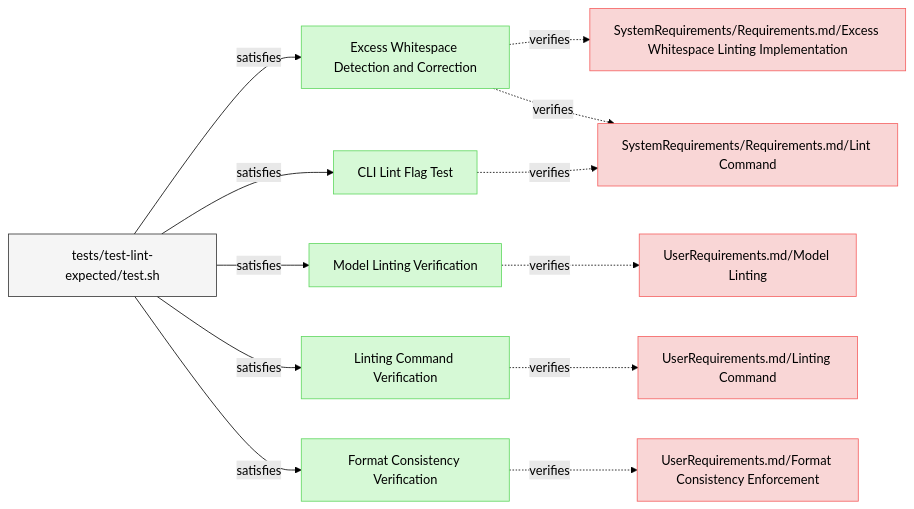
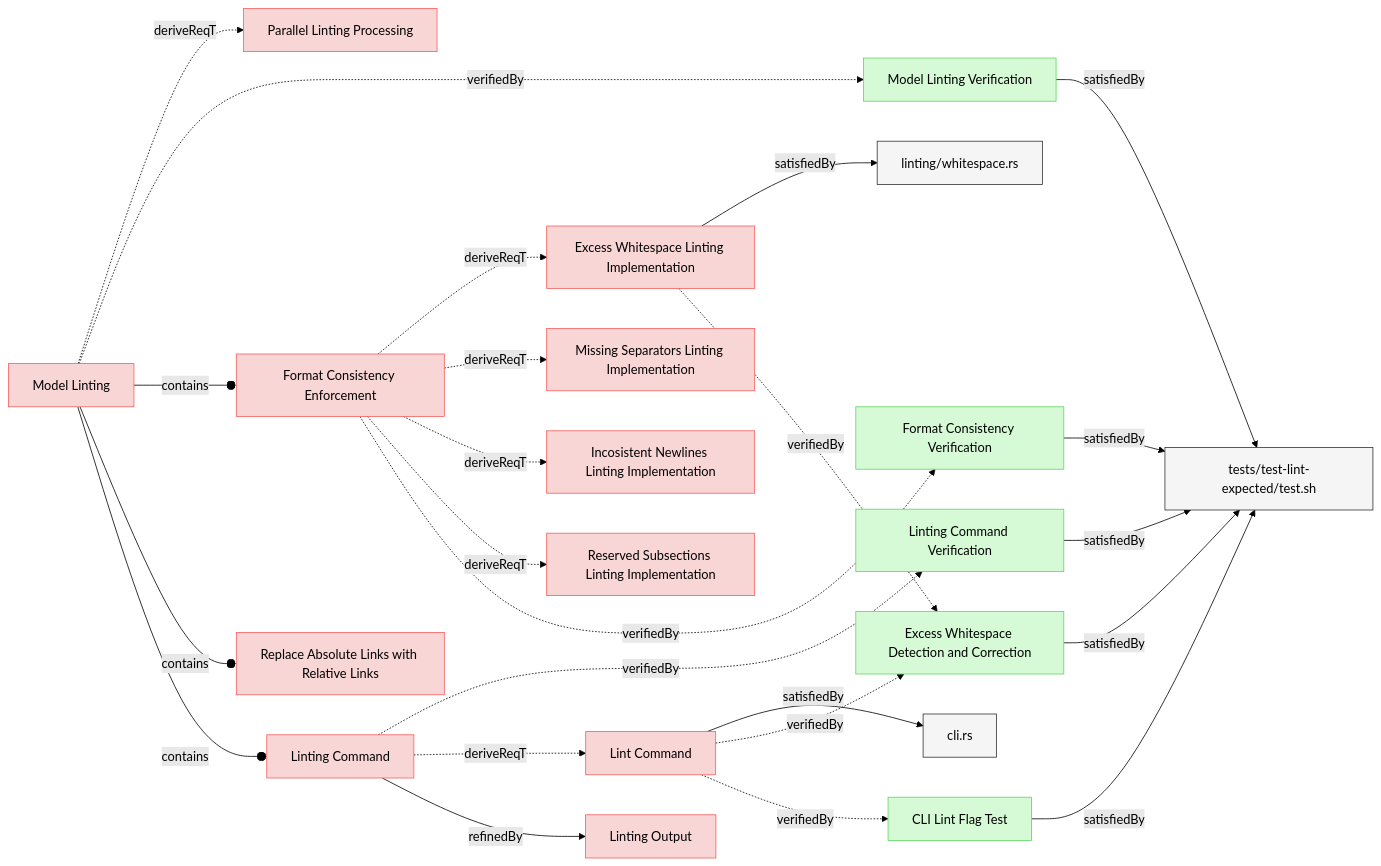
Before and after one commit to reqvire-org/reqvire: the first of 3 diagrams in specifications/Verifications/LintingTests.md, drawn with Mermaid (forest theme). The commit also changed other lines of this file and 27 other files, not shown here.

Commit message:
Diagrams update.X

````diff
--- a/specifications/Verifications/LintingTests.md
+++ b/specifications/Verifications/LintingTests.md
@@ -11,60 +11,96 @@
   classDef externalLink fill:#d0e0ff,stroke:#3080ff,stroke-width:1px;
   classDef default fill:#f5f5f5,stroke:#333333,stroke-width:1px;
 
+  a8037b2df81f02be["Linting Command Verification"];
+  class a8037b2df81f02be verification;
+  click a8037b2df81f02be "LintingTests.md#linting-command-verification";
+  a606311f33e42901["tests/test-lint-expected/test.sh"];
+  class a606311f33e42901 default;
+  click a606311f33e42901 "../../tests/test-lint-expected/test.sh";
+  a8037b2df81f02be -->|satisfiedBy| a606311f33e42901;
+  6481e4ca8c4d6920["Model Linting Verification"];
+  class 6481e4ca8c4d6920 verification;
+  click 6481e4ca8c4d6920 "LintingTests.md#model-linting-verification";
+  a606311f33e42901["tests/test-lint-expected/test.sh"];
+  class a606311f33e42901 default;
+  click a606311f33e42901 "../../tests/test-lint-expected/test.sh";
+  6481e4ca8c4d6920 -->|satisfiedBy| a606311f33e42901;
   37dbb69e504fec9d["Excess Whitespace Detection and Correction"];
   class 37dbb69e504fec9d verification;
   click 37dbb69e504fec9d "LintingTests.md#excess-whitespace-detection-and-correction";
-  9f473f6e0b993cac["SystemRequirements/Requirements.md/Excess Whitespace Linting Implementation"];
-  class 9f473f6e0b993cac requirement;
-  click 9f473f6e0b993cac "../SystemRequirements/Requirements.md#excess-whitespace-linting-implementation";
-  37dbb69e504fec9d -.->|verifies| 9f473f6e0b993cac;
-  deaec107945edbed["SystemRequirements/Requirements.md/Lint Command"];
-  class deaec107945edbed requirement;
-  click deaec107945edbed "../SystemRequirements/Requirements.md#lint-command";
-  37dbb69e504fec9d -.->|verifies| deaec107945edbed;
   a606311f33e42901["tests/test-lint-expected/test.sh"];
   class a606311f33e42901 default;
   click a606311f33e42901 "../../tests/test-lint-expected/test.sh";
-  a606311f33e42901 -->|satisfies| 37dbb69e504fec9d;
-  6481e4ca8c4d6920["Model Linting Verification"];
-  class 6481e4ca8c4d6920 verification;
-  click 6481e4ca8c4d6920 "LintingTests.md#model-linting-verification";
-  7305c1d6f7f1e2b2["UserRequirements.md/Model Linting"];
-  class 7305c1d6f7f1e2b2 requirement;
-  click 7305c1d6f7f1e2b2 "../UserRequirements.md#model-linting";
-  6481e4ca8c4d6920 -.->|verifies| 7305c1d6f7f1e2b2;
+  37dbb69e504fec9d -->|satisfiedBy| a606311f33e42901;
+  706dca24b7cc1eb8["CLI Lint Flag Test"];
+  class 706dca24b7cc1eb8 verification;
+  click 706dca24b7cc1eb8 "LintingTests.md#cli-lint-flag-test";
   a606311f33e42901["tests/test-lint-expected/test.sh"];
   class a606311f33e42901 default;
   click a606311f33e42901 "../../tests/test-lint-expected/test.sh";
-  a606311f33e42901 -->|satisfies| 6481e4ca8c4d6920;
-  a8037b2df81f02be["Linting Command Verification"];
-  class a8037b2df81f02be verification;
-  click a8037b2df81f02be "LintingTests.md#linting-command-verification";
-  a51179cda67cf9f2["UserRequirements.md/Linting Command"];
-  class a51179cda67cf9f2 requirement;
-  click a51179cda67cf9f2 "../UserRequirements.md#linting-command";
-  a8037b2df81f02be -.->|verifies| a51179cda67cf9f2;
+  706dca24b7cc1eb8 -->|satisfiedBy| a606311f33e42901;
+  b8bfbd5ccf026b31["Format Consistency Verification"];
+  class b8bfbd5ccf026b31 verification;
+  click b8bfbd5ccf026b31 "LintingTests.md#format-consistency-verification";
   a606311f33e42901["tests/test-lint-expected/test.sh"];
   class a606311f33e42901 default;
   click a606311f33e42901 "../../tests/test-lint-expected/test.sh";
-  a606311f33e42901 -->|satisfies| a8037b2df81f02be;
-  706dca24b7cc1eb8["CLI Lint Flag Test"];
-  class 706dca24b7cc1eb8 verification;
-  click 706dca24b7cc1eb8 "LintingTests.md#cli-lint-flag-test";
-  706dca24b7cc1eb8 -.->|verifies| deaec107945edbed;
-  a606311f33e42901["tests/test-lint-expected/test.sh"];
-  class a606311f33e42901 default;
-  click a606311f33e42901 "../../tests/test-lint-expected/test.sh";
-  a606311f33e42901 -->|satisfies| 706dca24b7cc1eb8;
-  b8bfbd5ccf026b31["Format Consistency Verification"];
-  class b8bfbd5ccf026b31 verification;
-  click b8bfbd5ccf026b31 "LintingTests.md#format-consistency-verification";
-  974ccf933675ef44["UserRequirements.md/Format Consistency Enforcement"];
+  b8bfbd5ccf026b31 -->|satisfiedBy| a606311f33e42901;
+  deaec107945edbed["Lint Command"];
+  class deaec107945edbed requirement;
+  click deaec107945edbed "../SystemRequirements/Requirements.md#lint-command";
+  80defdd4cbc7ee18["cli.rs"];
+  class 80defdd4cbc7ee18 default;
+  click 80defdd4cbc7ee18 "../../cli/src/cli.rs";
+  deaec107945edbed -->|satisfiedBy| 80defdd4cbc7ee18;
+  deaec107945edbed -.->|verifiedBy| 37dbb69e504fec9d;
+  deaec107945edbed -.->|verifiedBy| 706dca24b7cc1eb8;
+  9f473f6e0b993cac["Excess Whitespace Linting Implementation"];
+  class 9f473f6e0b993cac requirement;
+  click 9f473f6e0b993cac "../SystemRequirements/Requirements.md#excess-whitespace-linting-implementation";
+  63a0f5a33e87fcee["linting/whitespace.rs"];
+  class 63a0f5a33e87fcee default;
+  click 63a0f5a33e87fcee "../../core/src/linting/whitespace.rs";
+  9f473f6e0b993cac -->|satisfiedBy| 63a0f5a33e87fcee;
+  9f473f6e0b993cac -.->|verifiedBy| 37dbb69e504fec9d;
+  7305c1d6f7f1e2b2["Model Linting"];
+  class 7305c1d6f7f1e2b2 requirement;
+  click 7305c1d6f7f1e2b2 "../UserRequirements.md#model-linting";
+  47401bd64e231632["Parallel Linting Processing"];
+  class 47401bd64e231632 requirement;
+  click 47401bd64e231632 "../SystemRequirements/Requirements.md#parallel-linting-processing";
+  7305c1d6f7f1e2b2 -.->|deriveReqT| 47401bd64e231632;
+  7305c1d6f7f1e2b2 -.->|verifiedBy| 6481e4ca8c4d6920;
+  974ccf933675ef44["Format Consistency Enforcement"];
   class 974ccf933675ef44 requirement;
   click 974ccf933675ef44 "../UserRequirements.md#format-consistency-enforcement";
-  b8bfbd5ccf026b31 -.->|verifies| 974ccf933675ef44;
-  a606311f33e42901["tests/test-lint-expected/test.sh"];
-  class a606311f33e42901 default;
-  click a606311f33e42901 "../../tests/test-lint-expected/test.sh";
-  a606311f33e42901 -->|satisfies| b8bfbd5ccf026b31;
+  7305c1d6f7f1e2b2 --o|contains| 974ccf933675ef44;
+  8dfe33c28555e80a["Replace Absolute Links with Relative Links"];
+  class 8dfe33c28555e80a requirement;
+  click 8dfe33c28555e80a "../UserRequirements.md#replace-absolute-links-with-relative-links";
+  7305c1d6f7f1e2b2 --o|contains| 8dfe33c28555e80a;
+  a51179cda67cf9f2["Linting Command"];
+  class a51179cda67cf9f2 requirement;
+  click a51179cda67cf9f2 "../UserRequirements.md#linting-command";
+  7305c1d6f7f1e2b2 --o|contains| a51179cda67cf9f2;
+  974ccf933675ef44 -.->|deriveReqT| 9f473f6e0b993cac;
+  719bf8b75772947d["Missing Separators Linting Implementation"];
+  class 719bf8b75772947d requirement;
+  click 719bf8b75772947d "../SystemRequirements/Requirements.md#missing-separators-linting-implementation";
+  974ccf933675ef44 -.->|deriveReqT| 719bf8b75772947d;
+  7d44a9de72f2ed11["Incosistent Newlines Linting Implementation"];
+  class 7d44a9de72f2ed11 requirement;
+  click 7d44a9de72f2ed11 "../SystemRequirements/Requirements.md#incosistent-newlines-linting-implementation";
+  974ccf933675ef44 -.->|deriveReqT| 7d44a9de72f2ed11;
+  a7bd845c64d1685e["Reserved Subsections Linting Implementation"];
+  class a7bd845c64d1685e requirement;
+  click a7bd845c64d1685e "../SystemRequirements/Requirements.md#reserved-subsections-linting-implementation";
+  974ccf933675ef44 -.->|deriveReqT| a7bd845c64d1685e;
+  974ccf933675ef44 -.->|verifiedBy| b8bfbd5ccf026b31;
+  a51179cda67cf9f2 -.->|verifiedBy| a8037b2df81f02be;
+  a51179cda67cf9f2 -.->|deriveReqT| deaec107945edbed;
+  26fdf88d16b09109["Linting Output"];
+  class 26fdf88d16b09109 requirement;
+  click 26fdf88d16b09109 "../UserRequirements.md#linting-output";
+  a51179cda67cf9f2 -->|refinedBy| 26fdf88d16b09109;
 ```
````
